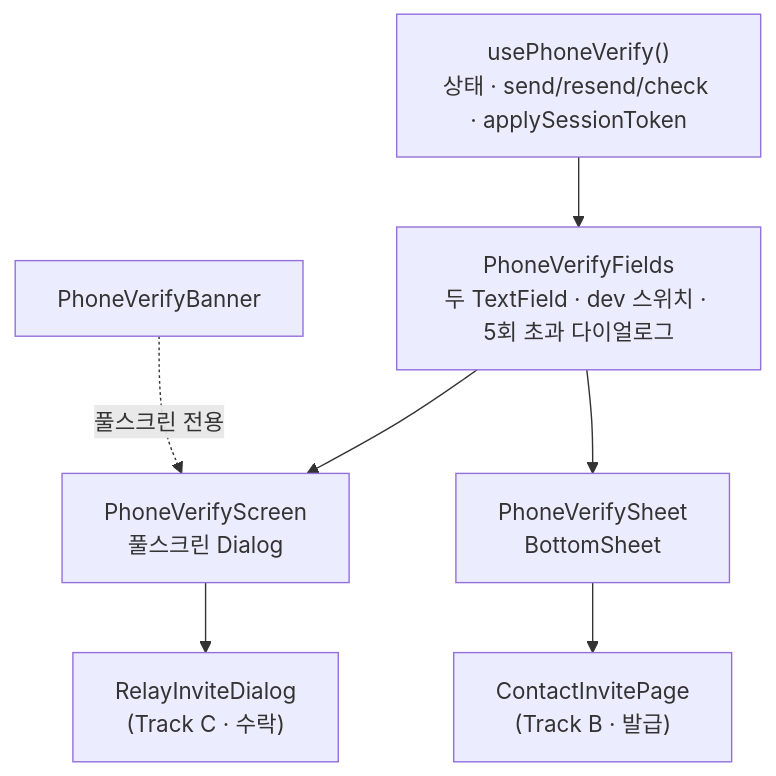
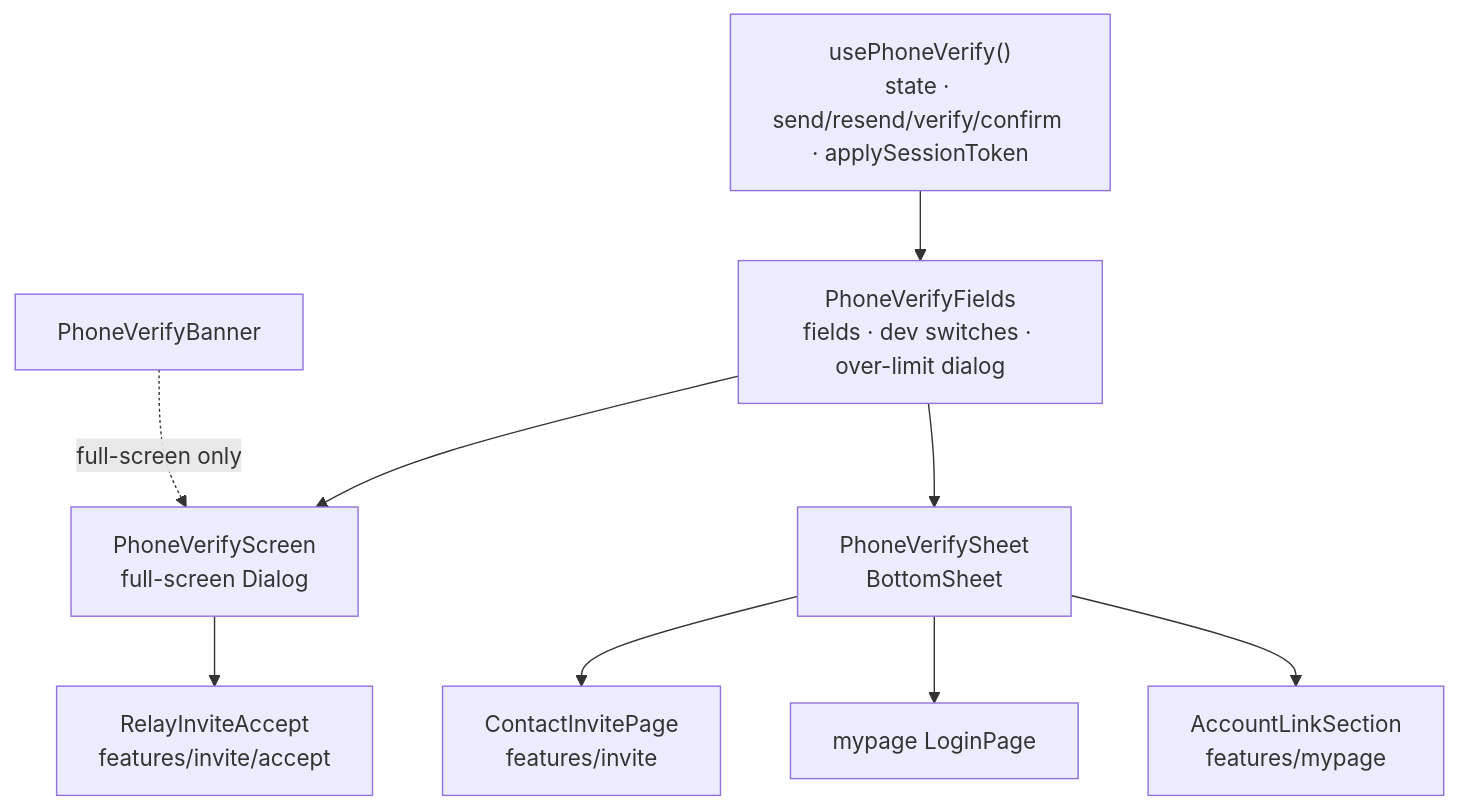
Before and after one commit to lemoncloud-io/dou-app: the first of 2 diagrams in apps/web/docs/feature/auth/phone-verification.md, drawn with Mermaid. The commit also changed other lines of this file, not shown here.

First line of the commit message:
docs(web): rewrite the phone verification doc in english

````diff
--- a/apps/web/docs/feature/auth/phone-verification.md
+++ b/apps/web/docs/feature/auth/phone-verification.md
@@ -198,17 +34,21 @@
 ```mermaid
 graph TD
-    UPV["usePhoneVerify()<br/>상태 · send/resend/check · applySessionToken"]
-    PVF["PhoneVerifyFields<br/>두 TextField · dev 스위치 · 5회 초과 다이얼로그"]
-    PVS["PhoneVerifyScreen<br/>풀스크린 Dialog"]
+    UPV["usePhoneVerify()<br/>state · send/resend/verify/confirm · applySessionToken"]
+    PVF["PhoneVerifyFields<br/>fields · dev switches · over-limit dialog"]
+    PVS["PhoneVerifyScreen<br/>full-screen Dialog"]
     PVSH["PhoneVerifySheet<br/>BottomSheet"]
-    RID["RelayInviteDialog<br/>(Track C · 수락)"]
-    CIP["ContactInvitePage<br/>(Track B · 발급)"]
-    B["PhoneVerifyBanner"]
+    BAN["PhoneVerifyBanner"]
+    RIA["RelayInviteAccept<br/>features/invite/accept"]
+    CIP["ContactInvitePage<br/>features/invite"]
+    LP["mypage LoginPage"]
+    ALS["AccountLinkSection<br/>features/mypage"]
 
     UPV --> PVF
     PVF --> PVS
     PVF --> PVSH
-    PVS --> RID
+    BAN -.->|full-screen only| PVS
+    PVS --> RIA
     PVSH --> CIP
-    B -.->|풀스크린 전용| PVS
+    PVSH --> LP
+    PVSH --> ALS
 ```
````
